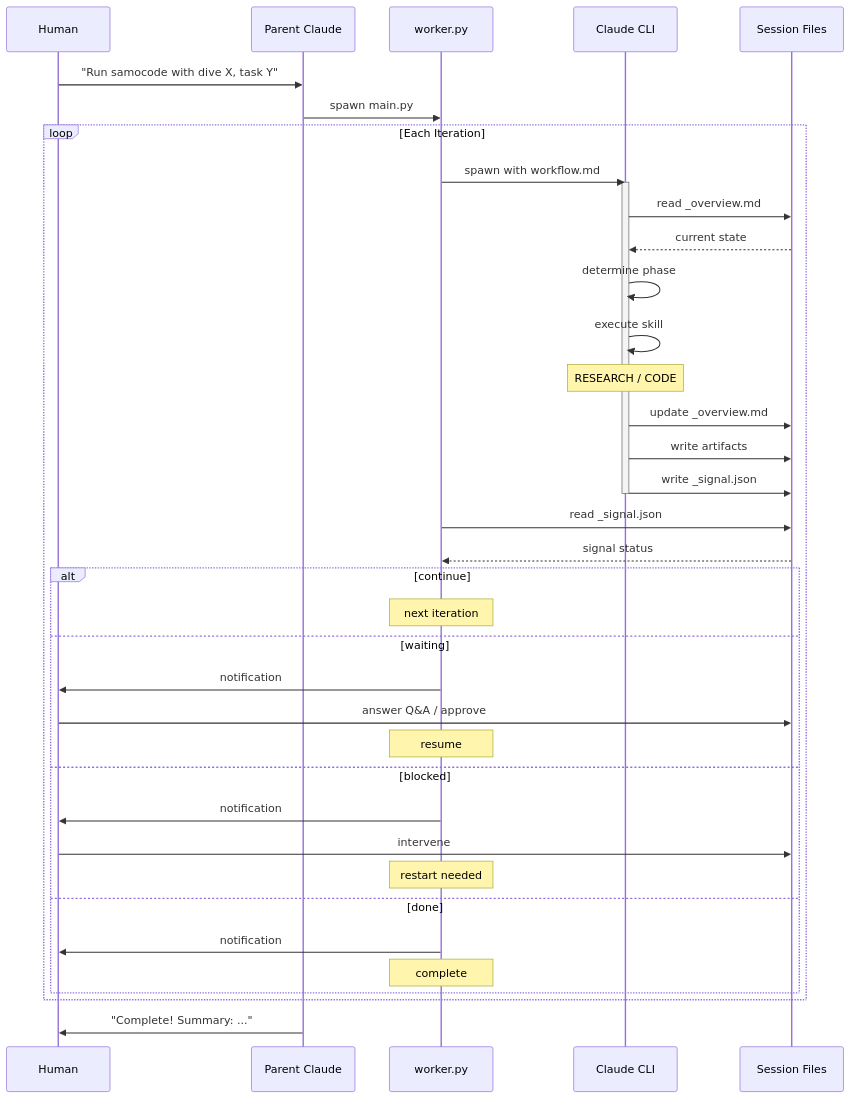
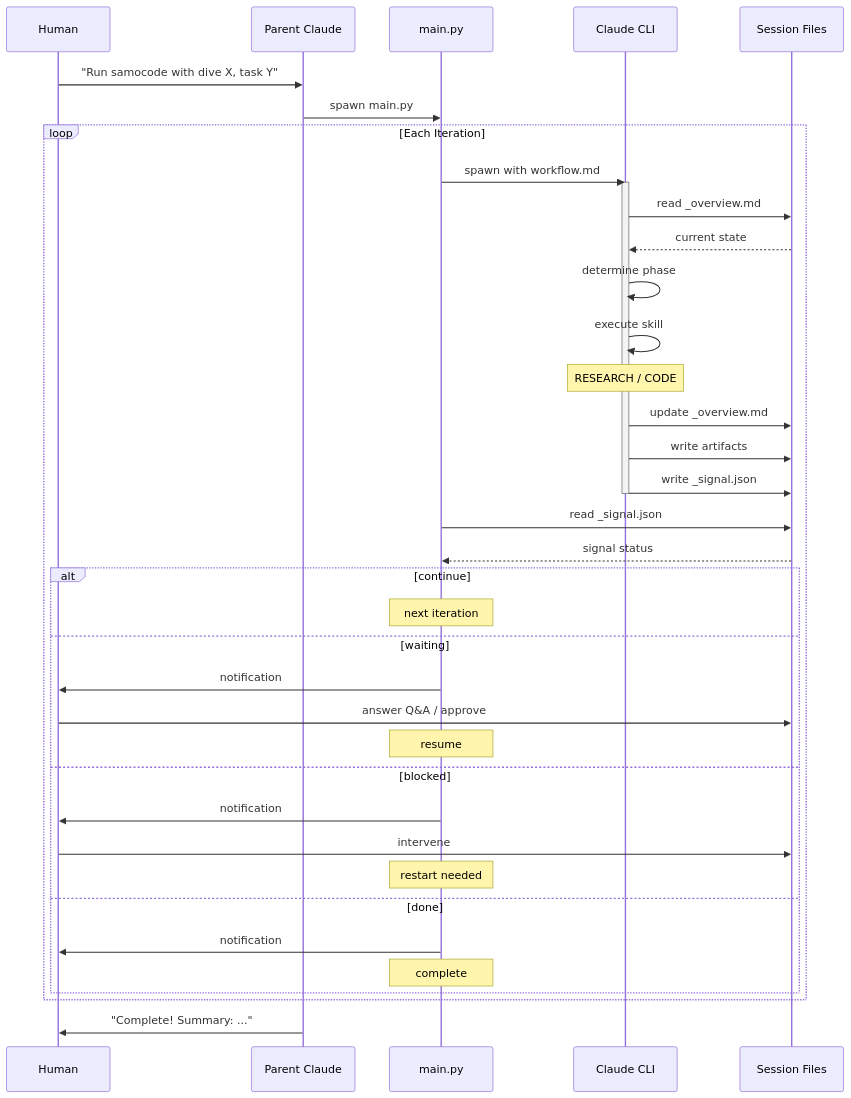
Before and after one commit to Yuvasee/samocode: the diagram in README.md, drawn with Mermaid.

Commit message:
README: rename worker.py to main.py in diagram

````diff
--- a/README.md
+++ b/README.md
@@ -158,50 +158,50 @@
 ```mermaid
 sequenceDiagram
     participant H as Human
     participant P as Parent Claude
-    participant O as worker.py
+    participant O as main.py
     participant C as Claude CLI
     participant F as Session Files
 
     H->>P: "Run samocode with dive X, task Y"
     P->>O: spawn main.py
 
     loop Each Iteration
         O->>C: spawn with workflow.md
         activate C
 
         C->>F: read _overview.md
         F-->>C: current state
 
         C->>C: determine phase
         C->>C: execute skill
 
         Note over C: RESEARCH / CODE
 
         C->>F: update _overview.md
         C->>F: write artifacts
         C->>F: write _signal.json
 
         deactivate C
 
         O->>F: read _signal.json
         F-->>O: signal status
 
         alt continue
             Note over O: next iteration
         else waiting
             O->>H: notification
             H->>F: answer Q&A / approve
             Note over O: resume
         else blocked
             O->>H: notification
             H->>F: intervene
             Note over O: restart needed
         else done
             O->>H: notification
             Note over O: complete
         end
     end
 
     P->>H: "Complete! Summary: ..."
 ```
````
